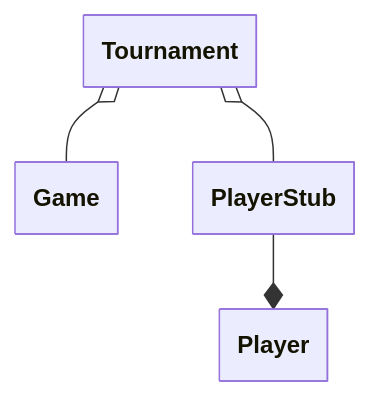
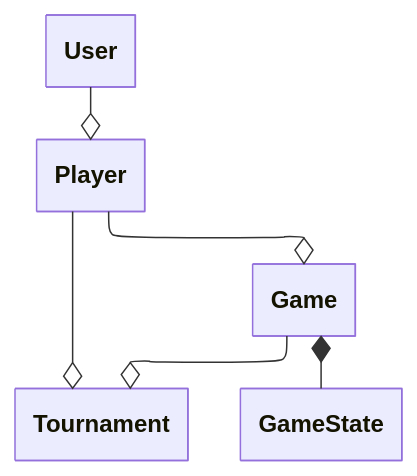
Before and after one commit to raranguren/transcendence: the diagram in docs/README.md, drawn with Mermaid.

Commit message:
Update model diagram

````diff
--- a/docs/README.md
+++ b/docs/README.md
@@ -6,22 +6,26 @@
 ```mermaid
 ---
 config:
   class:
     hideEmptyMembersBox: true
+  layout: elk
 ---
 classDiagram
 direction TB
-    class Tournament {
+    class User {
+    }
+    class Player {
     }
     class Game {
     }
-    class Player {
+    class Tournament {
     }
-    class PlayerStub {
+    class GameState {
     }
 
-    Tournament o-- Game
-    Tournament o-- PlayerStub
-    PlayerStub --* Player
-
+    User --o Player
+    Player --o Game
+    Tournament o-- Player
+    Game *-- GameState
+    Game --o Tournament
 ```
````
